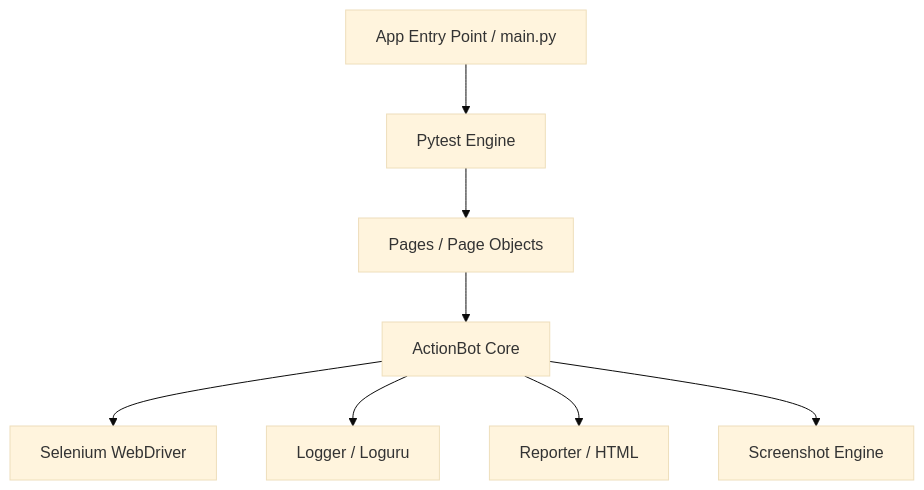
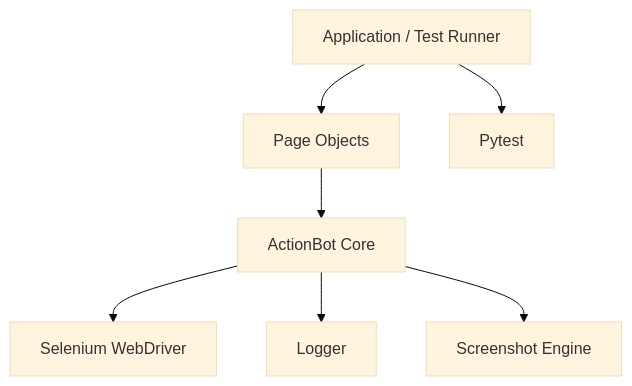
The diagram in README.md (THPL28/rpa_project_o_actions), drawn with Mermaid (base theme) before and after one commit. The commit also changed other lines of this file, not shown here.

````diff
--- a/README.md
+++ b/README.md
@@ -16,10 +17,9 @@
 ```mermaid
 graph TD
-    A[App Entry Point / main.py] --> B[Pytest Engine]
-    B --> C[Pages / Page Objects]
-    C --> D[ActionBot Core]
-    D --> E[Selenium WebDriver]
-    D --> F[Logger / Loguru]
-    D --> G[Reporter / HTML]
-    D --> H[Screenshot Engine]
+    A[Application / Test Runner] --> B[Page Objects]
+    B --> C[ActionBot Core]
+    C --> D[Selenium WebDriver]
+    C --> E[Logger]
+    C --> F[Screenshot Engine]
+    A --> G[Pytest]
 ```
````
